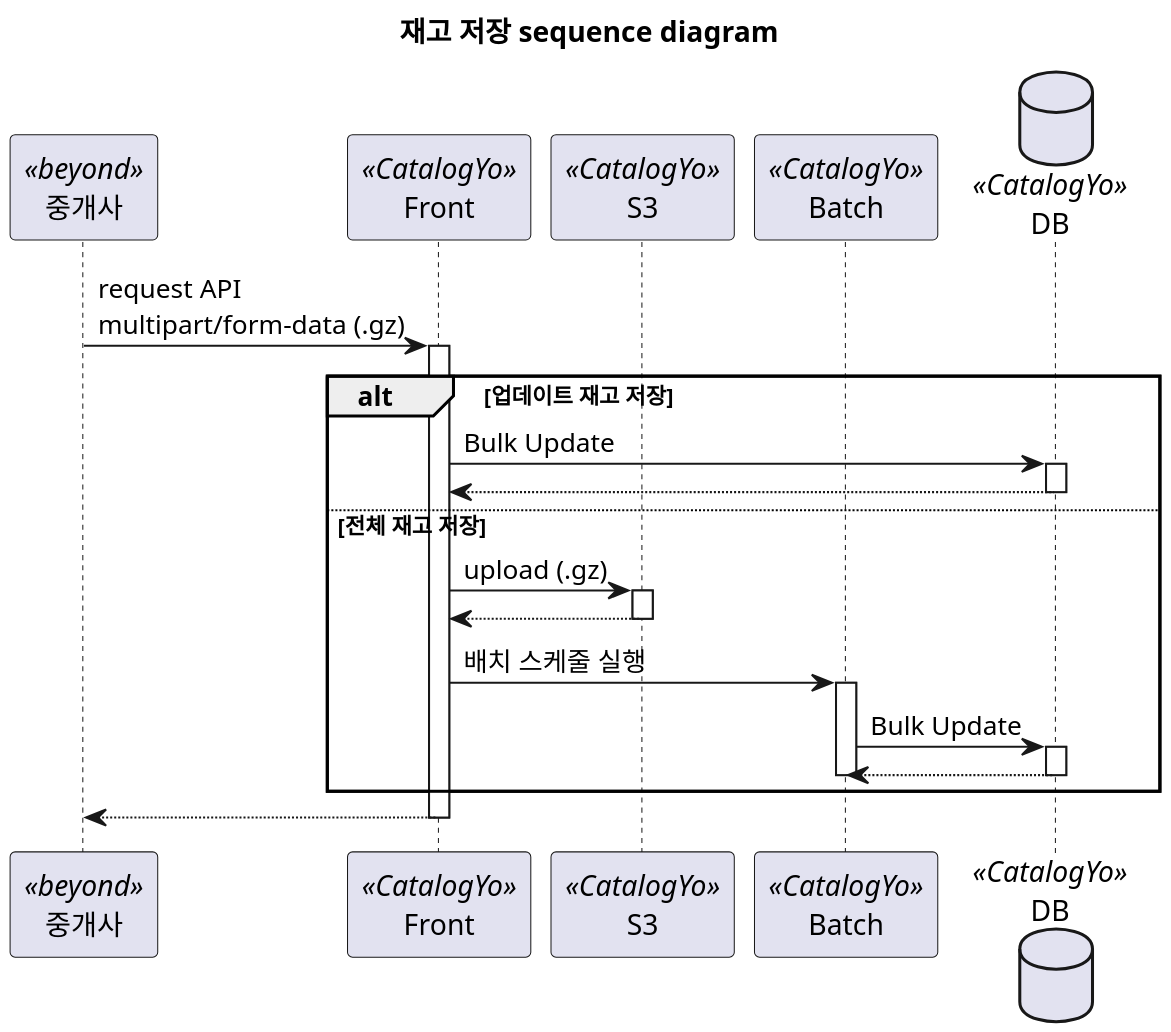
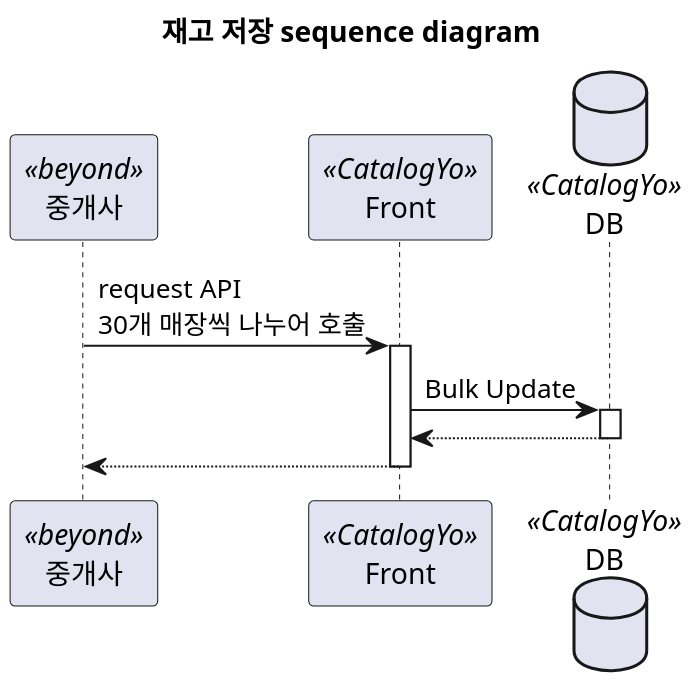
One commit to koo-bonsoo/plantuml changed the diagram in save-stock-sequence.plantuml. Above: the diagram before and after it, drawn with PlantUML.

```diff
--- a/save-stock-sequence.plantuml
+++ b/save-stock-sequence.plantuml
@@ -1,48 +1,25 @@
 @startuml 재고 저장 sequence diagram 
 skinparam defaultFontName D2Coding
 
 scale 2
 title 재고 저장 sequence diagram 
 
 participant 중개사<<beyond>>
 participant Front<<CatalogYo>>
-participant S3<<CatalogYo>>
-participant Batch<<CatalogYo>>
 database DB<<CatalogYo>>
 
-중개사 -> Front : request API \nmultipart/form-data (.gz)
+중개사 -> Front : request API \n30개 매장씩 나누어 호출
 activate Front
 
-alt 업데이트 재고 저장
+Front -> DB : Bulk Update
+activate DB
 
-    Front -> DB : Bulk Update
-    activate DB
-
-    DB --> Front
-    deactivate DB
-    
-else 전체 재고 저장
-    Front -> S3 : upload (.gz)
-    activate S3
-
-    S3 --> Front
-    deactivate S3
-
-    Front -> Batch : 배치 스케줄 실행
-    activate Batch 
-
-    Batch -> DB : Bulk Update
-    activate DB
-
-    DB --> Batch
-    deactivate DB
-    deactivate Batch
+DB --> Front
+deactivate DB
 
 
-end
-
-    Front --> 중개사
-    deactivate Front
+Front --> 중개사
+deactivate Front
 
 
 @enduml
```
